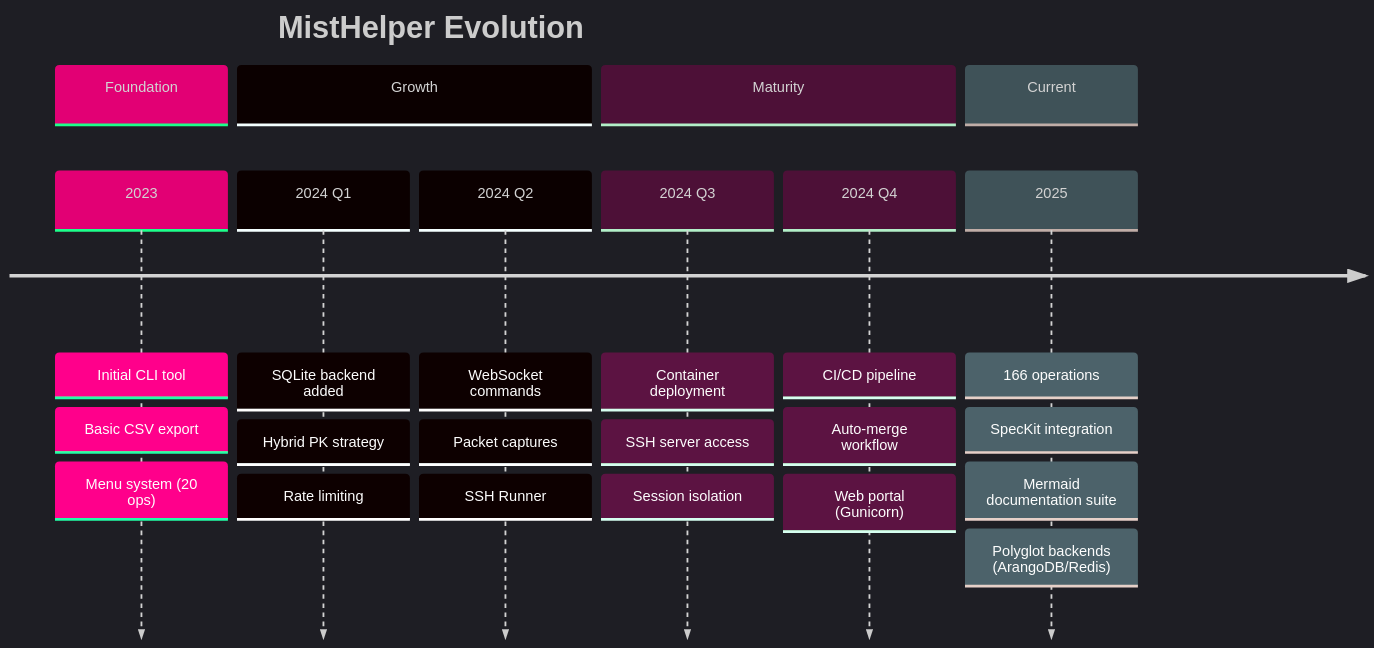
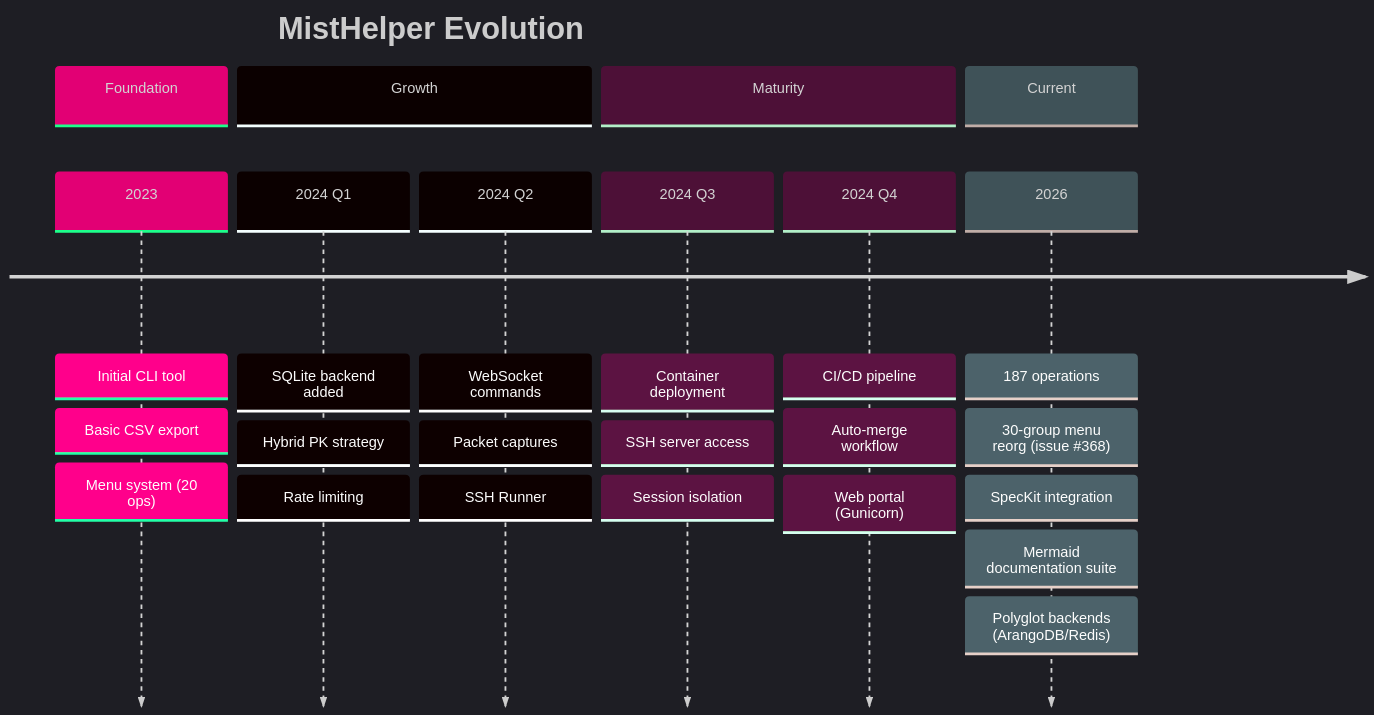
The fifth of 5 diagrams in documentation/diagrams/operations/metrics-and-analytics.md (jmorrison-juniper/MistHelper), drawn with Mermaid before and after one commit. The commit also changed other lines of this file and 3 other files, not shown here.

First line of the commit message:
chore(docs): update diagram suite for 187-op count and new destructive range

````diff
--- a/documentation/diagrams/operations/metrics-and-analytics.md
+++ b/documentation/diagrams/operations/metrics-and-analytics.md
@@ -149,36 +149,37 @@
 ```mermaid
 %%{init: {'theme': 'dark', 'themeVariables': {
   'primaryColor': '#E20074',
   'primaryTextColor': '#E0E0E0',
   'primaryBorderColor': '#99004D',
   'lineColor': '#FF4DA6',
   'secondaryColor': '#16213E',
   'tertiaryColor': '#1A1A2E',
   'fontFamily': 'ui-monospace, monospace'
 }}}%%
 timeline
     title MistHelper Evolution
     section Foundation
         2023 : Initial CLI tool
              : Basic CSV export
              : Menu system (20 ops)
     section Growth
         2024 Q1 : SQLite backend added
                 : Hybrid PK strategy
                 : Rate limiting
         2024 Q2 : WebSocket commands
                 : Packet captures
                 : SSH Runner
     section Maturity
         2024 Q3 : Container deployment
                 : SSH server access
                 : Session isolation
         2024 Q4 : CI/CD pipeline
                 : Auto-merge workflow
                 : Web portal (Gunicorn)
     section Current
-        2025 : 166 operations
+        2026 : 187 operations
+             : 30-group menu reorg (issue #368)
              : SpecKit integration
              : Mermaid documentation suite
              : Polyglot backends (ArangoDB/Redis)
 ```
````
